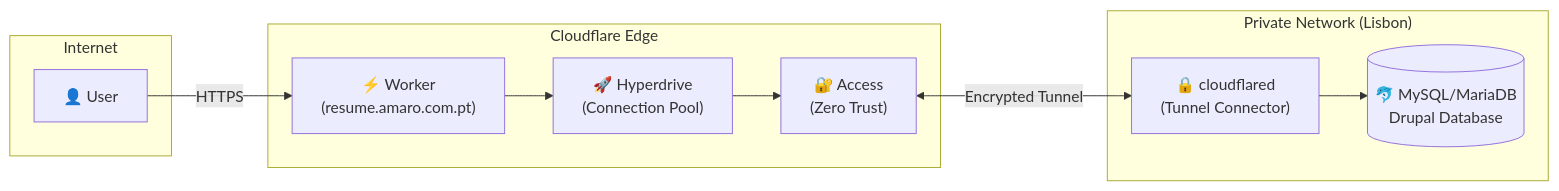
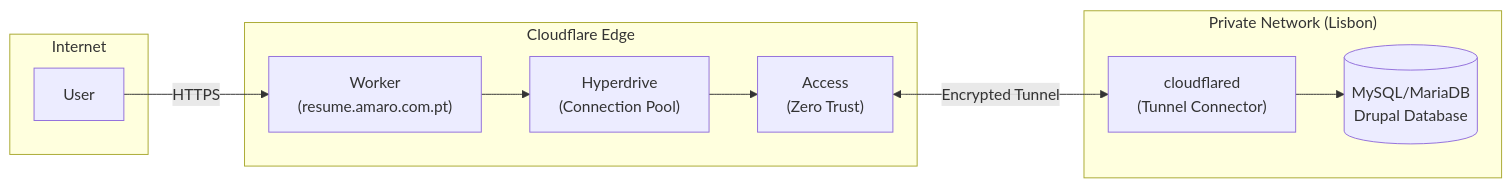
Before and after one commit to ricardoamaro/cloudflare-amaro-resume: the diagram in README.md, drawn with Mermaid. The commit also changed other lines of this file and 2 other files, not shown here.

Commit message:
Refactor README and test files for clarity and consistency in architecture descriptions

````diff
--- a/README.md
+++ b/README.md
@@ -20,23 +20,23 @@
 ```mermaid
 flowchart LR
     subgraph Internet
-        User["👤 User"]
+        User["User"]
     end
 
     subgraph Cloudflare["Cloudflare Edge"]
-        Worker["⚡ Worker\n(resume.amaro.com.pt)"]
-        Access["🔐 Access\n(Zero Trust)"]
-        HD["🚀 Hyperdrive\n(Connection Pool)"]
+        Worker["Worker\n(resume.amaro.com.pt)"]
+        Access["Access\n(Zero Trust)"]
+        HD["Hyperdrive\n(Connection Pool)"]
     end
 
     subgraph Private["Private Network (Lisbon)"]
-        Tunnel["🔒 cloudflared\n(Tunnel Connector)"]
-        DB[("🐬 MySQL/MariaDB\nDrupal Database")]
+        Tunnel["cloudflared\n(Tunnel Connector)"]
+        DB[("MySQL/MariaDB\nDrupal Database")]
     end
 
     User -->|HTTPS| Worker
     Worker --> HD
     HD --> Access
     Access <-->|Encrypted Tunnel| Tunnel
     Tunnel --> DB
 ```
````
